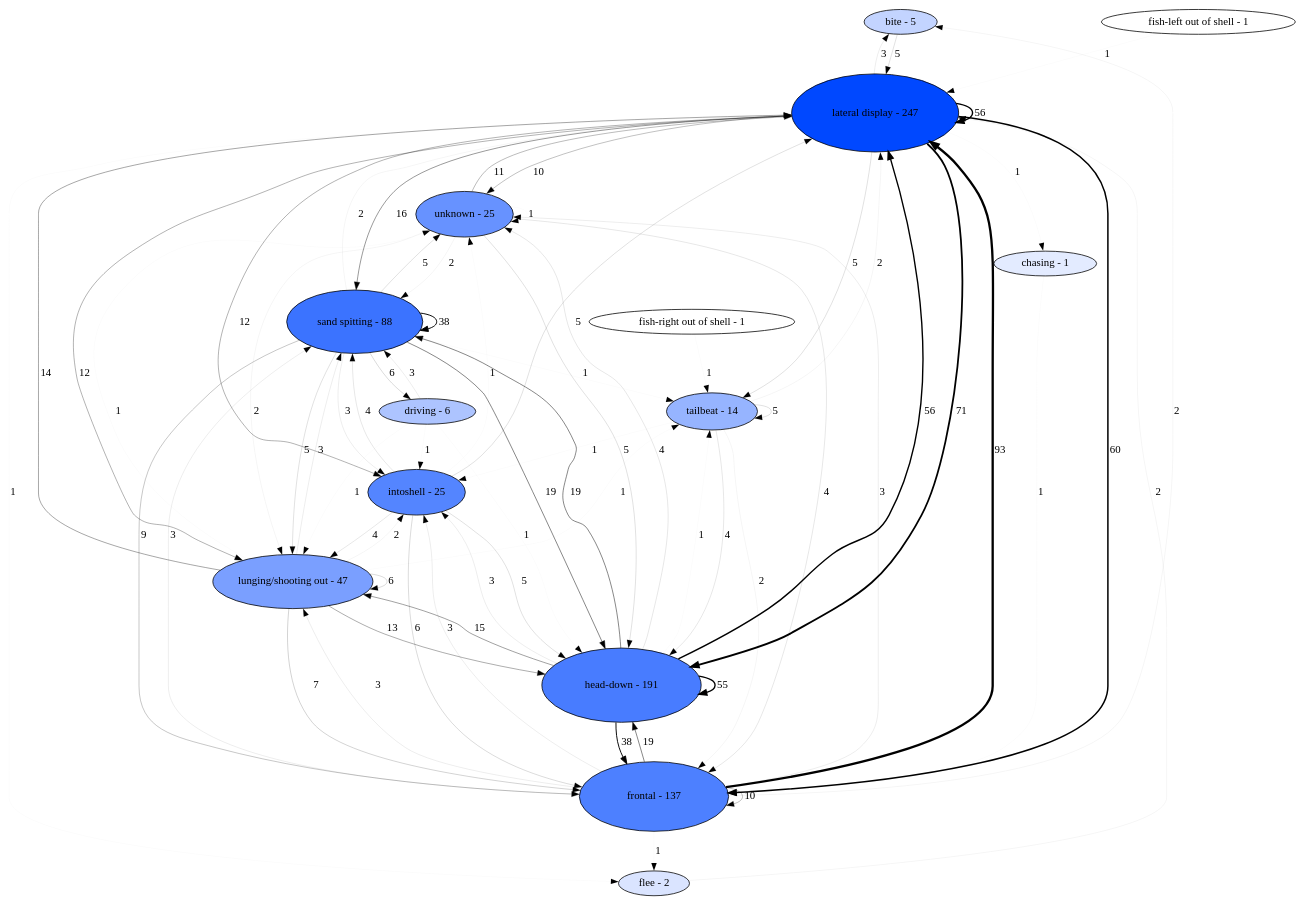
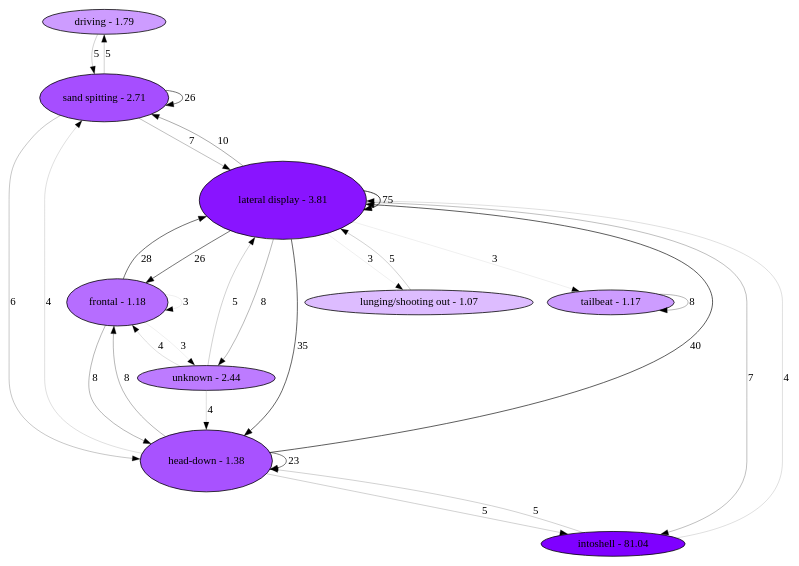
One commit to nicolkraus/AnalyzeBehavior changed the diagram in images/transitions.gv. Above: the diagram before and after it, drawn with Graphviz. The commit also changed 18 other files, not shown here.

```diff
--- a/images/transitions.gv
+++ b/images/transitions.gv
@@ -1,87 +1,40 @@
 digraph  {
-"bite - 5" [fillcolor="0.6194444444444445 0.23460980592076922 1", height="0.4089769934037396", style=filled, width="0.8763792715794421"];
-"lateral display - 247" [fillcolor="0.6194444444444445 1.0 1", height="1.4", style=filled, width="3.0"];
-"chasing - 1" [fillcolor="0.6194444444444445 0.10638000034776231 1", height="0.0", style=filled, width="0.0"];
-"frontal - 137" [fillcolor="0.6194444444444445 0.6942382155338318 1", height="1.250224684719749", style=filled, width="2.6790528958280335"];
-"driving - 6" [fillcolor="0.6194444444444445 0.32039363347958144 1", height="0.455307032949974", style=filled, width="0.9756579277499443"];
-"head-down - 191" [fillcolor="0.6194444444444445 0.7159516264311926 1", height="1.3346640951735487", style=filled, width="2.8599944896576046"];
-"intoshell - 25" [fillcolor="0.6194444444444445 0.6669990191860939 1", height="0.8179539868074792", style=filled, width="1.7527585431588841"];
-"lunging/shooting out - 47" [fillcolor="0.6194444444444445 0.521376944768488 1", height="0.9783675270371591", style=filled, width="2.0965018436510556"];
-"sand spitting - 88" [fillcolor="0.6194444444444445 0.7654759743606253 1", height="1.1377436399965202", style=filled, width="2.4380220857068293"];
-"fish-left out of shell - 1" [fillcolor="0.6194444444444445 0.0 1", height="0.0", style=filled, width="0.0"];
-"fish-right out of shell - 1" [fillcolor="0.6194444444444445 0.0 1", height="0.0", style=filled, width="0.0"];
-"tailbeat - 14" [fillcolor="0.6194444444444445 0.40919505060510486 1", height="0.6706153270950386", style=filled, width="1.4370328437750828"];
-"flee - 2" [fillcolor="0.6194444444444445 0.14411890605811684 1", height="0.17613680385032734", style=filled, width="0.37743600825070145"];
-"unknown - 25" [fillcolor="0.6194444444444445 0.5939197308744592 1", height="0.8179539868074792", style=filled, width="1.7527585431588841"];
-"bite - 5" -> "lateral display - 247"  [label=5, penwidth="0.16129032258064516"];
-"lateral display - 247" -> "bite - 5"  [label=3, penwidth="0.0967741935483871"];
-"lateral display - 247" -> "chasing - 1"  [label=1, penwidth="0.03225806451612903"];
-"lateral display - 247" -> "flee - 2"  [label=1, penwidth="0.03225806451612903"];
-"lateral display - 247" -> "frontal - 137"  [label=60, penwidth="1.935483870967742"];
-"lateral display - 247" -> "head-down - 191"  [label=71, penwidth="2.290322580645161"];
-"lateral display - 247" -> "intoshell - 25"  [label=12, penwidth="0.3870967741935484"];
-"lateral display - 247" -> "lateral display - 247"  [label=56, penwidth="1.806451612903226"];
-"lateral display - 247" -> "lunging/shooting out - 47"  [label=12, penwidth="0.3870967741935484"];
-"lateral display - 247" -> "sand spitting - 88"  [label=16, penwidth="0.5161290322580645"];
-"lateral display - 247" -> "tailbeat - 14"  [label=5, penwidth="0.16129032258064516"];
-"lateral display - 247" -> "unknown - 25"  [label=10, penwidth="0.3225806451612903"];
-"chasing - 1" -> "frontal - 137"  [label=1, penwidth="0.03225806451612903"];
-"frontal - 137" -> "bite - 5"  [label=2, penwidth="0.06451612903225806"];
-"frontal - 137" -> "flee - 2"  [label=1, penwidth="0.03225806451612903"];
-"frontal - 137" -> "frontal - 137"  [label=10, penwidth="0.3225806451612903"];
-"frontal - 137" -> "head-down - 191"  [label=19, penwidth="0.6129032258064516"];
-"frontal - 137" -> "intoshell - 25"  [label=3, penwidth="0.0967741935483871"];
-"frontal - 137" -> "lateral display - 247"  [label=93, penwidth="3.0"];
-"frontal - 137" -> "lunging/shooting out - 47"  [label=3, penwidth="0.0967741935483871"];
-"frontal - 137" -> "sand spitting - 88"  [label=3, penwidth="0.0967741935483871"];
-"frontal - 137" -> "unknown - 25"  [label=3, penwidth="0.0967741935483871"];
-"driving - 6" -> "head-down - 191"  [label=1, penwidth="0.03225806451612903"];
-"driving - 6" -> "intoshell - 25"  [label=1, penwidth="0.03225806451612903"];
-"driving - 6" -> "lunging/shooting out - 47"  [label=1, penwidth="0.03225806451612903"];
-"driving - 6" -> "sand spitting - 88"  [label=3, penwidth="0.0967741935483871"];
-"head-down - 191" -> "frontal - 137"  [label=38, penwidth="1.2258064516129032"];
-"head-down - 191" -> "head-down - 191"  [label=55, penwidth="1.774193548387097"];
-"head-down - 191" -> "intoshell - 25"  [label=3, penwidth="0.0967741935483871"];
-"head-down - 191" -> "lateral display - 247"  [label=56, penwidth="1.806451612903226"];
-"head-down - 191" -> "lunging/shooting out - 47"  [label=15, penwidth="0.4838709677419355"];
-"head-down - 191" -> "sand spitting - 88"  [label=19, penwidth="0.6129032258064516"];
-"head-down - 191" -> "tailbeat - 14"  [label=1, penwidth="0.03225806451612903"];
-"head-down - 191" -> "unknown - 25"  [label=4, penwidth="0.12903225806451613"];
-"intoshell - 25" -> "frontal - 137"  [label=6, penwidth="0.1935483870967742"];
-"intoshell - 25" -> "head-down - 191"  [label=5, penwidth="0.16129032258064516"];
-"intoshell - 25" -> "lateral display - 247"  [label=5, penwidth="0.16129032258064516"];
-"intoshell - 25" -> "lunging/shooting out - 47"  [label=4, penwidth="0.12903225806451613"];
-"intoshell - 25" -> "sand spitting - 88"  [label=4, penwidth="0.12903225806451613"];
-"intoshell - 25" -> "unknown - 25"  [label=1, penwidth="0.03225806451612903"];
-"lunging/shooting out - 47" -> "frontal - 137"  [label=7, penwidth="0.22580645161290325"];
-"lunging/shooting out - 47" -> "head-down - 191"  [label=13, penwidth="0.4193548387096774"];
-"lunging/shooting out - 47" -> "intoshell - 25"  [label=2, penwidth="0.06451612903225806"];
-"lunging/shooting out - 47" -> "lateral display - 247"  [label=14, penwidth="0.4516129032258065"];
-"lunging/shooting out - 47" -> "lunging/shooting out - 47"  [label=6, penwidth="0.1935483870967742"];
-"lunging/shooting out - 47" -> "sand spitting - 88"  [label=3, penwidth="0.0967741935483871"];
-"lunging/shooting out - 47" -> "tailbeat - 14"  [label=1, penwidth="0.03225806451612903"];
-"lunging/shooting out - 47" -> "unknown - 25"  [label=1, penwidth="0.03225806451612903"];
-"sand spitting - 88" -> "driving - 6"  [label=6, penwidth="0.1935483870967742"];
-"sand spitting - 88" -> "frontal - 137"  [label=9, penwidth="0.29032258064516125"];
-"sand spitting - 88" -> "head-down - 191"  [label=19, penwidth="0.6129032258064516"];
-"sand spitting - 88" -> "intoshell - 25"  [label=3, penwidth="0.0967741935483871"];
-"sand spitting - 88" -> "lateral display - 247"  [label=2, penwidth="0.06451612903225806"];
-"sand spitting - 88" -> "lunging/shooting out - 47"  [label=5, penwidth="0.16129032258064516"];
-"sand spitting - 88" -> "sand spitting - 88"  [label=38, penwidth="1.2258064516129032"];
-"sand spitting - 88" -> "tailbeat - 14"  [label=1, penwidth="0.03225806451612903"];
-"sand spitting - 88" -> "unknown - 25"  [label=5, penwidth="0.16129032258064516"];
-"fish-left out of shell - 1" -> "lateral display - 247"  [label=1, penwidth="0.03225806451612903"];
-"fish-right out of shell - 1" -> "tailbeat - 14"  [label=1, penwidth="0.03225806451612903"];
-"tailbeat - 14" -> "frontal - 137"  [label=2, penwidth="0.06451612903225806"];
-"tailbeat - 14" -> "head-down - 191"  [label=4, penwidth="0.12903225806451613"];
-"tailbeat - 14" -> "intoshell - 25"  [label=1, penwidth="0.03225806451612903"];
-"tailbeat - 14" -> "lateral display - 247"  [label=2, penwidth="0.06451612903225806"];
-"tailbeat - 14" -> "tailbeat - 14"  [label=5, penwidth="0.16129032258064516"];
-"flee - 2" -> "lateral display - 247"  [label=2, penwidth="0.06451612903225806"];
-"unknown - 25" -> "frontal - 137"  [label=4, penwidth="0.12903225806451613"];
-"unknown - 25" -> "head-down - 191"  [label=5, penwidth="0.16129032258064516"];
-"unknown - 25" -> "lateral display - 247"  [label=11, penwidth="0.3548387096774194"];
-"unknown - 25" -> "lunging/shooting out - 47"  [label=2, penwidth="0.06451612903225806"];
-"unknown - 25" -> "sand spitting - 88"  [label=2, penwidth="0.06451612903225806"];
-"unknown - 25" -> "unknown - 25"  [label=1, penwidth="0.03225806451612903"];
+"driving - 1.79" [fillcolor="0.75 0.38775763921087736 1", height="0.0", style=filled, tooltip="whats up\n\n eccentricity: \n\n piu: \n", width="0.0"];
+"sand spitting - 2.71" [fillcolor="0.75 0.6903248299948959 1", height="0.8677793647502886", style=filled, tooltip="whats up\n\n eccentricity: \n\n piu: \n", width="1.85952721017919"];
+"frontal - 1.18" [fillcolor="0.75 0.5707396710402765 1", height="0.8492167356386441", style=filled, tooltip="whats up\n\n eccentricity: \n\n piu: \n", width="1.8197501477970945"];
+"head-down - 1.38" [fillcolor="0.75 0.6754291500206447 1", height="1.1063310153202581", style=filled, tooltip="whats up\n\n eccentricity: \n\n piu: \n", width="2.3707093185434105"];
+"lateral display - 3.81" [fillcolor="0.75 0.9195374872745928 1", height="1.4", style=filled, tooltip="whats up\n\n eccentricity: \n\n piu: \n", width="3.0"];
+"unknown - 2.44" [fillcolor="0.75 0.5157209370708112 1", height="0.38127254094626917", style=filled, tooltip="whats up\n\n eccentricity: \n\n piu: \n", width="0.8170125877420054"];
+"intoshell - 81.04" [fillcolor="0.75 1.0 1", height="0.23454131965434413", style=filled, tooltip="whats up\n\n eccentricity: \n\n piu: \n", width="0.5025885421164518"];
+"lunging/shooting out - 1.07" [fillcolor="0.75 0.26252932112286964 1", height="0.0", style=filled, tooltip="whats up\n\n eccentricity: \n\n piu: \n", width="0.0"];
+"tailbeat - 1.17" [fillcolor="0.75 0.38569884980151564 1", height="0.18754299481085154", style=filled, tooltip="whats up\n\n eccentricity: \n\n piu: \n", width="0.4018778460232534"];
+"driving - 1.79" -> "sand spitting - 2.71"  [label=5, penwidth="0.23517900250637025"];
+"sand spitting - 2.71" -> "driving - 1.79"  [label=5, penwidth="0.23517900250637025"];
+"sand spitting - 2.71" -> "head-down - 1.38"  [label=6, penwidth="0.2866711627606332"];
+"sand spitting - 2.71" -> "lateral display - 3.81"  [label=7, penwidth="0.3302071639255374"];
+"sand spitting - 2.71" -> "sand spitting - 2.71"  [label=26, penwidth="0.7008013657974955"];
+"frontal - 1.18" -> "frontal - 1.18"  [label=3, penwidth="0.09090909090909091"];
+"frontal - 1.18" -> "head-down - 1.38"  [label=8, penwidth="0.3679197635155427"];
+"frontal - 1.18" -> "lateral display - 3.81"  [label=28, penwidth="0.721731307628622"];
+"frontal - 1.18" -> "unknown - 2.44"  [label=3, penwidth="0.09090909090909091"];
+"head-down - 1.38" -> "frontal - 1.18"  [label=8, penwidth="0.3679197635155427"];
+"head-down - 1.38" -> "head-down - 1.38"  [label=23, penwidth="0.6661754086274518"];
+"head-down - 1.38" -> "intoshell - 81.04"  [label=5, penwidth="0.23517900250637025"];
+"head-down - 1.38" -> "lateral display - 3.81"  [label=40, penwidth="0.8224652180609973"];
+"head-down - 1.38" -> "sand spitting - 2.71"  [label=4, penwidth="0.17215769166400033"];
+"lateral display - 3.81" -> "frontal - 1.18"  [label=26, penwidth="0.7008013657974955"];
+"lateral display - 3.81" -> "head-down - 1.38"  [label=35, penwidth="0.784752618470992"];
+"lateral display - 3.81" -> "intoshell - 81.04"  [label=7, penwidth="0.3302071639255374"];
+"lateral display - 3.81" -> "lateral display - 3.81"  [label=75, penwidth="1.0"];
+"lateral display - 3.81" -> "lunging/shooting out - 1.07"  [label=3, penwidth="0.09090909090909091"];
+"lateral display - 3.81" -> "sand spitting - 2.71"  [label=10, penwidth="0.4309410743579127"];
+"lateral display - 3.81" -> "tailbeat - 1.17"  [label=3, penwidth="0.09090909090909091"];
+"lateral display - 3.81" -> "unknown - 2.44"  [label=8, penwidth="0.3679197635155427"];
+"unknown - 2.44" -> "frontal - 1.18"  [label=4, penwidth="0.17215769166400033"];
+"unknown - 2.44" -> "head-down - 1.38"  [label=4, penwidth="0.17215769166400033"];
+"unknown - 2.44" -> "lateral display - 3.81"  [label=5, penwidth="0.23517900250637025"];
+"intoshell - 81.04" -> "head-down - 1.38"  [label=5, penwidth="0.23517900250637025"];
+"intoshell - 81.04" -> "lateral display - 3.81"  [label=4, penwidth="0.17215769166400033"];
+"lunging/shooting out - 1.07" -> "lateral display - 3.81"  [label=5, penwidth="0.23517900250637025"];
+"tailbeat - 1.17" -> "tailbeat - 1.17"  [label=8, penwidth="0.3679197635155427"];
 }
```
